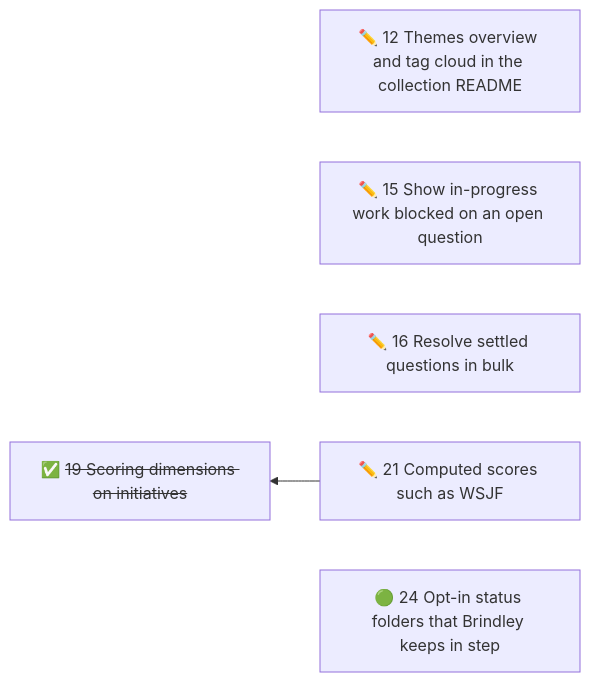
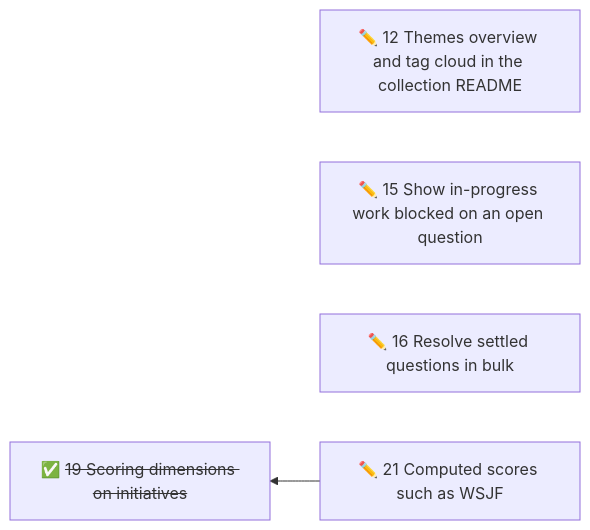
Before and after one commit to duckAsteroid/brindley: the diagram in initiatives/README.md, drawn with Mermaid. The commit also changed other lines of this file and 18 other files, not shown here.

First line of the commit message:
feat: opt-in status folders that Brindley keeps in step

````diff
--- a/initiatives/README.md
+++ b/initiatives/README.md
@@ -32,10 +31,9 @@
 ```mermaid
 flowchart RL
   n12["✏️ 12 Themes overview and tag cloud in the collection README"]
   n15["✏️ 15 Show in-progress work blocked on an open question"]
   n16["✏️ 16 Resolve settled questions in bulk"]
   n21["✏️ 21 Computed scores such as WSJF"]
-  n24["🟢 24 Opt-in status folders that Brindley keeps in step"]
   n19["✅ <s>19 Scoring dimensions on initiatives</s>"]
   n21 --> n19
 ```
````
